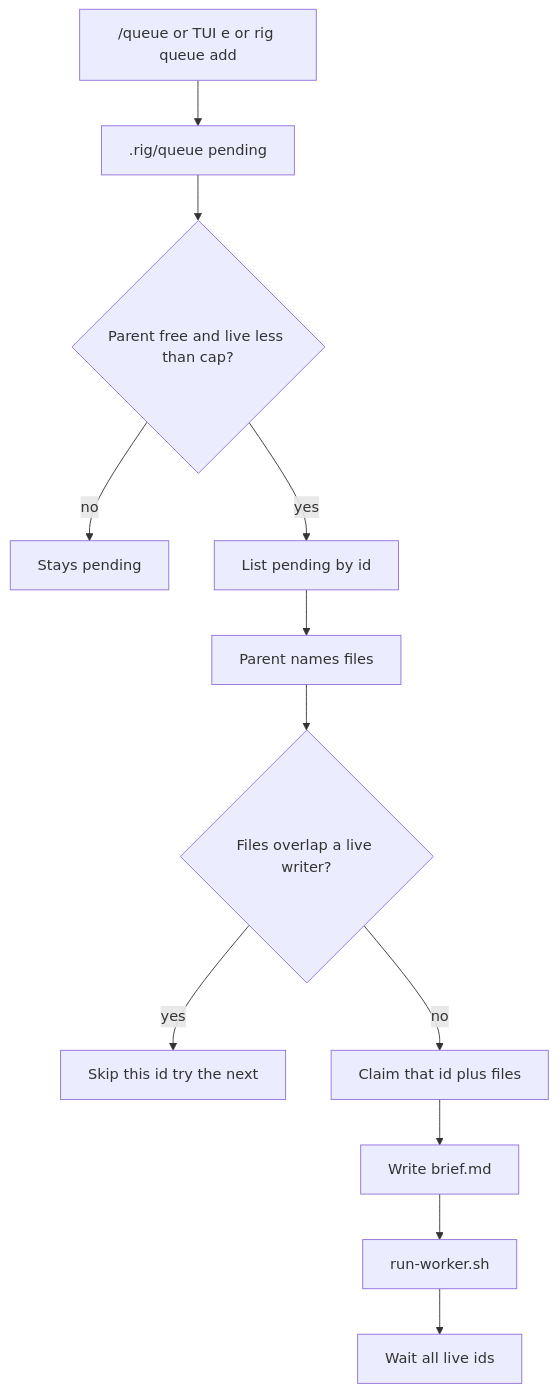
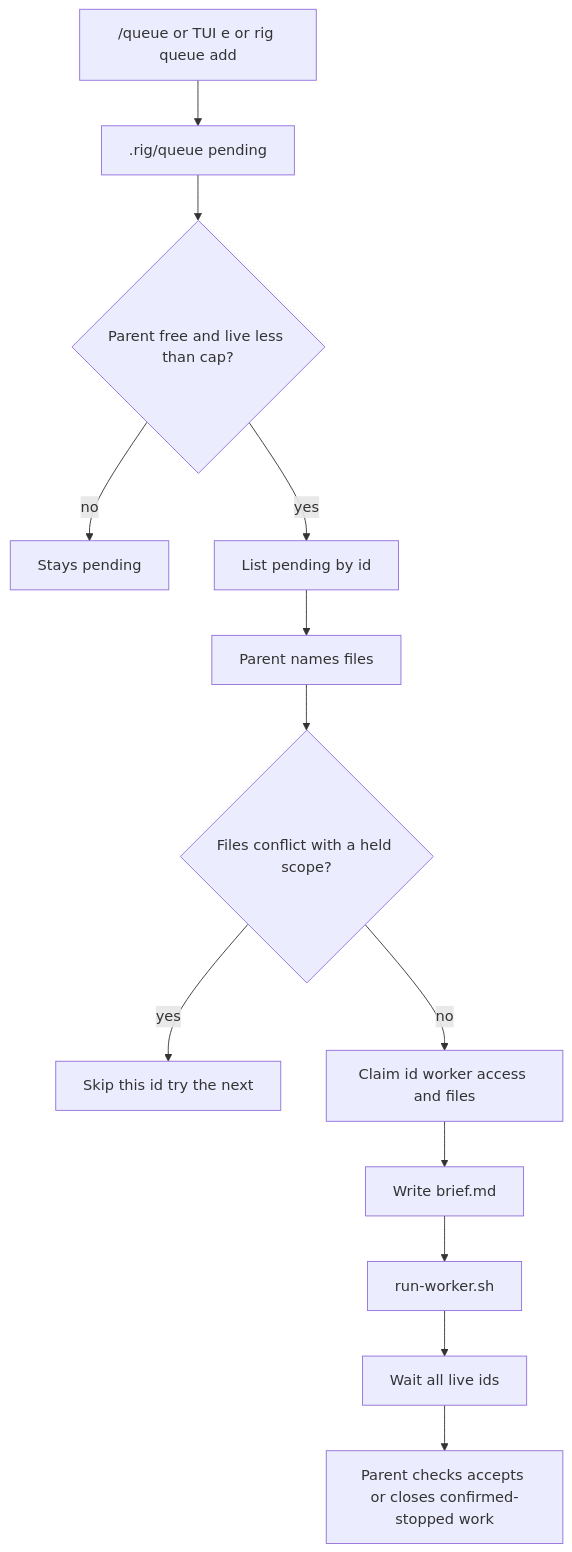
Before and after one commit to Brasth/Rig: the second of 2 diagrams in README.md, drawn with Mermaid. The commit also changed other lines of this file and 3 other files, not shown here.

````diff
--- a/README.md
+++ b/README.md
@@ -72,14 +78,15 @@
 ```mermaid
 flowchart TD
   park["/queue or TUI e or rig queue add"] --> file[".rig/queue pending"]
   file --> free{Parent free and live less than cap?}
   free -->|no| stayPending[Stays pending]
   free -->|yes| list[List pending by id]
   list --> name[Parent names files]
-  name --> overlap{Files overlap a live writer?}
+  name --> overlap{Files conflict with a held scope?}
   overlap -->|yes| skip[Skip this id try the next]
-  overlap -->|no| claim[Claim that id plus files]
+  overlap -->|no| claim[Claim id worker access and files]
   claim --> brief[Write brief.md]
   brief --> spawn[run-worker.sh]
   spawn --> waitAll[Wait all live ids]
+  waitAll --> verify[Parent checks accepts or closes confirmed-stopped work]
 ```
````
